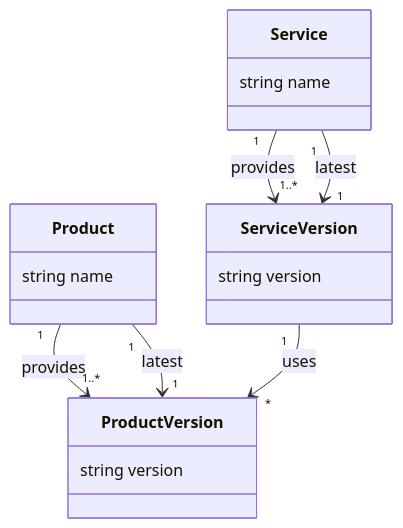
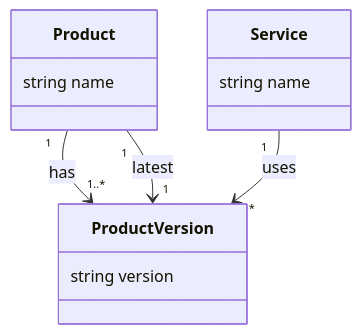
One commit to dnulnets/jjanus changed the first of 3 diagrams in system_design/information_model.md. Above: the diagram before and after it, drawn with Mermaid. The commit also changed other lines of this file, not shown here.

````diff
--- a/system_design/information_model.md
+++ b/system_design/information_model.md
@@ -6,20 +6,15 @@
 ```mermaid
 classDiagram
     class Service {
         string name
     }
-    class ServiceVersion {
-        string version
-    }
-    Service "1" --> "1..*" ServiceVersion : provides
-    Service "1" --> "1" ServiceVersion : latest
     class Product {
         string name
     }
     class ProductVersion {
         string version
     }
-    Product "1" --> "1..*" ProductVersion : provides
+    Product "1" --> "1..*" ProductVersion : has
     Product "1" --> "1" ProductVersion : latest
-    ServiceVersion "1" --> "*" ProductVersion : uses
+    Service "1" --> "*" ProductVersion : uses
 ```
````
